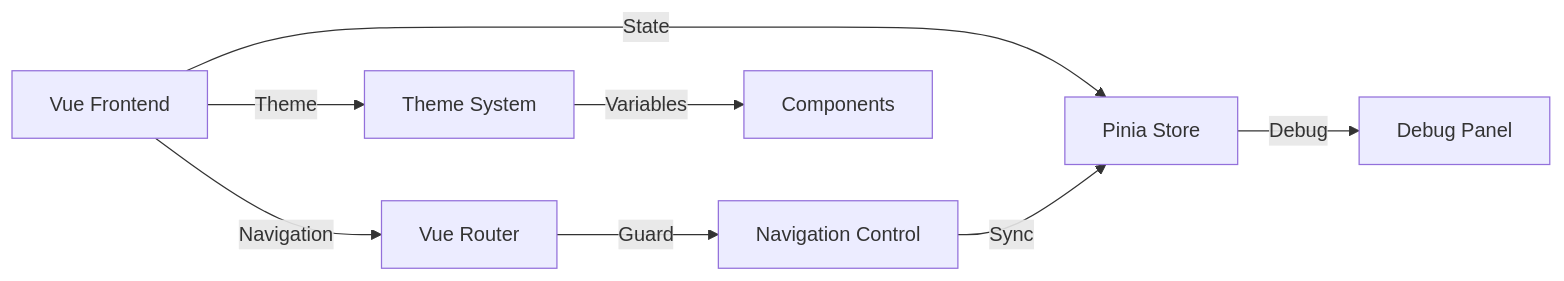
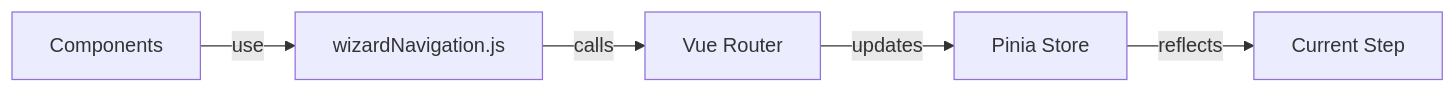
The first of 2 diagrams in README.md (eric-fern/wizardteach), drawn with Mermaid before and after one commit. The commit also changed other lines of this file and 7 other files, not shown here.

````diff
--- a/README.md
+++ b/README.md
@@ -41,10 +139,7 @@
 ```mermaid
 graph LR
-    UI[Vue Frontend] -->|State| Store[Pinia Store]
-    UI -->|Navigation| Router[Vue Router]
-    UI -->|Theme| Theme[Theme System]
-    Store -->|Debug| Debug[Debug Panel]
-    Router -->|Guard| Nav[Navigation Control]
-    Nav -->|Sync| Store
-    Theme -->|Variables| Components[Components]
+    Component[Components] --> |use| Nav[wizardNavigation.js]
+    Nav --> |calls| Router[Vue Router]
+    Router --> |updates| Store[Pinia Store]
+    Store --> |reflects| State[Current Step]
 ```
````
